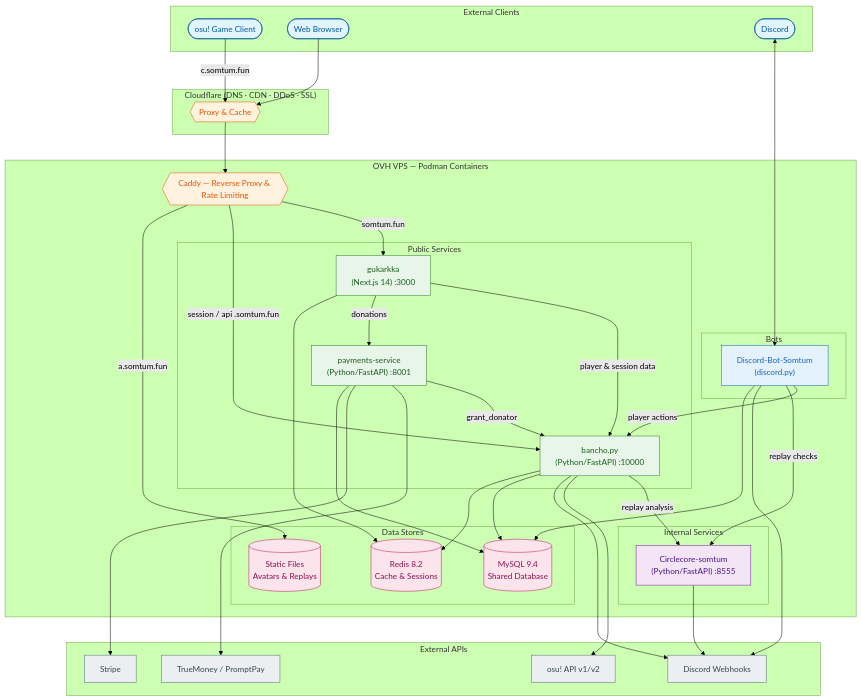
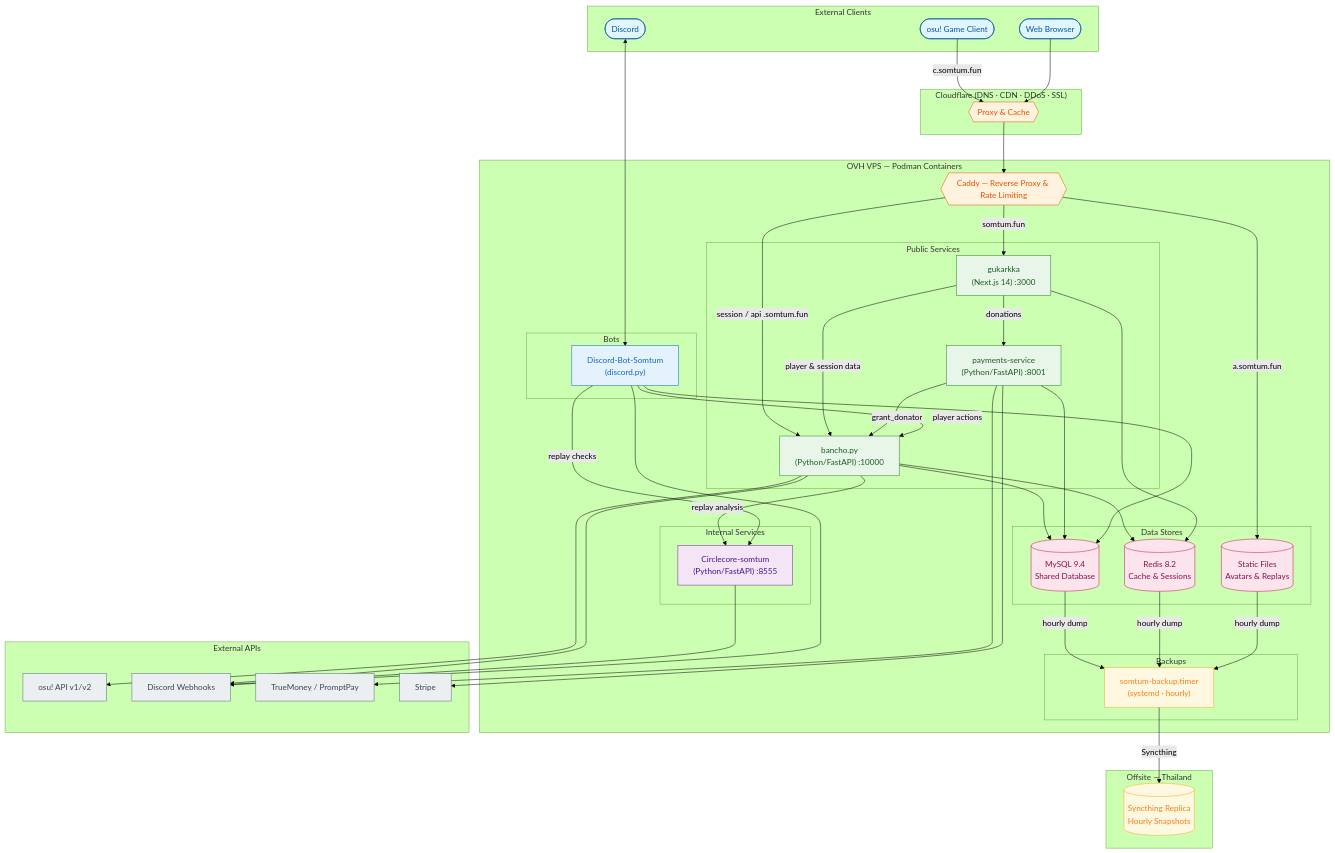
Before and after one commit to osu-somtum/.github: the diagram in profile/README.md, drawn with Mermaid (forest theme). The commit also changed other lines of this file, not shown here.

````diff
--- a/profile/README.md
+++ b/profile/README.md
@@ -44,6 +44,14 @@
             redis[("Redis 8.2<br/>Cache & Sessions")]
             files[("Static Files<br/>Avatars & Replays")]
         end
+
+        subgraph Backup["Backups"]
+            timer["somtum-backup.timer<br/>(systemd · hourly)"]
+        end
+    end
+
+    subgraph Offsite["Offsite — Thailand"]
+        miyabi[("Syncthing Replica<br/>Hourly Snapshots")]
     end
 
     subgraph ExternalAPIs["External APIs"]
@@ -84,6 +92,10 @@
     gukarkka --> redis
     payments & bot --> mysql
 
+    %% Backups
+    mysql & redis & files -->|"hourly dump"| timer
+    timer -->|"Syncthing"| miyabi
+
     %% Styling
     classDef client fill:#e1f5fe,stroke:#01579b,color:#01579b
     classDef proxy fill:#fff3e0,stroke:#e65100,color:#e65100
@@ -92,6 +104,7 @@
     classDef data fill:#fce4ec,stroke:#c2185b,color:#880e4f
     classDef external fill:#eceff1,stroke:#546e7a,color:#37474f
     classDef bot fill:#e3f2fd,stroke:#1565c0,color:#1565c0
+    classDef backup fill:#fff8e1,stroke:#f9a825,color:#f57f17
 
     class osu,web,dclient client
     class cf,ng proxy
@@ -100,4 +113,5 @@
     class mysql,redis,files data
     class osuapi,discordwh,truemoney,stripe external
     class bot bot
+    class timer,miyabi backup
 ```
````
